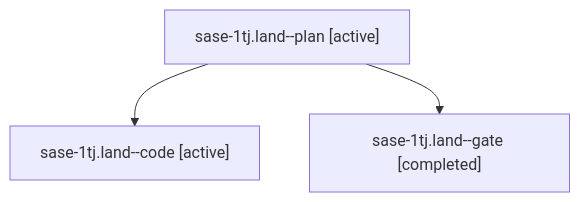
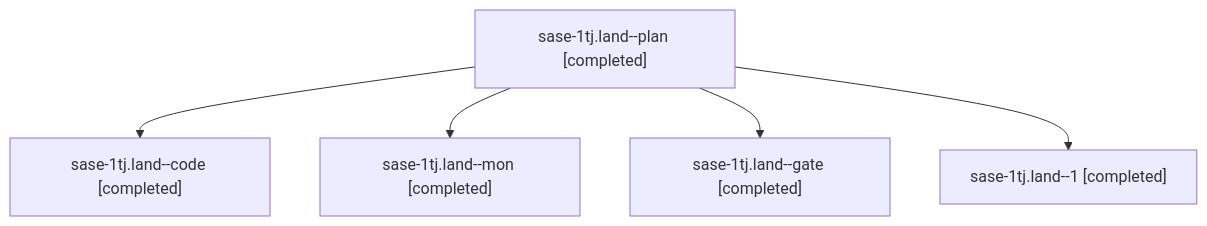
The diagram in sessions/bbugyi200.athena.sase-1tj.land.md (sase-org/sase--agents), drawn with Mermaid before and after one commit. The commit also changed other lines of this file and 30 other files, not shown here.

````diff
--- a/sessions/bbugyi200.athena.sase-1tj.land.md
+++ b/sessions/bbugyi200.athena.sase-1tj.land.md
@@ -9,8 +9,12 @@
 ```mermaid
 flowchart TD
-  n0["sase-1tj.land--plan [active]"]
-  n1["sase-1tj.land--code [active]"]
+  n0["sase-1tj.land--plan [completed]"]
+  n1["sase-1tj.land--code [completed]"]
   n0 --> n1
-  n2["sase-1tj.land--gate [completed]"]
+  n2["sase-1tj.land--mon [completed]"]
   n0 --> n2
+  n3["sase-1tj.land--gate [completed]"]
+  n0 --> n3
+  n4["sase-1tj.land--1 [completed]"]
+  n0 --> n4
 ```
````
